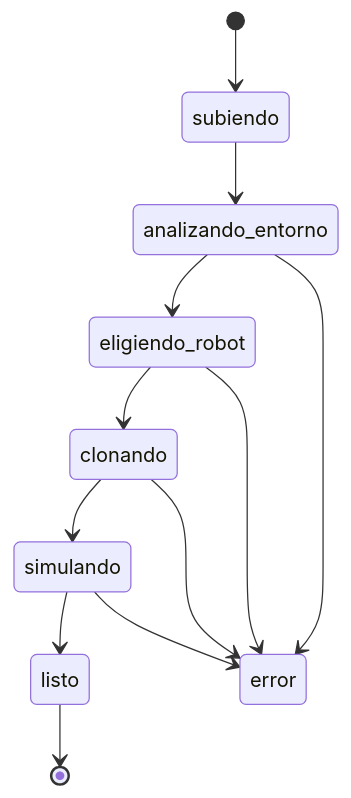
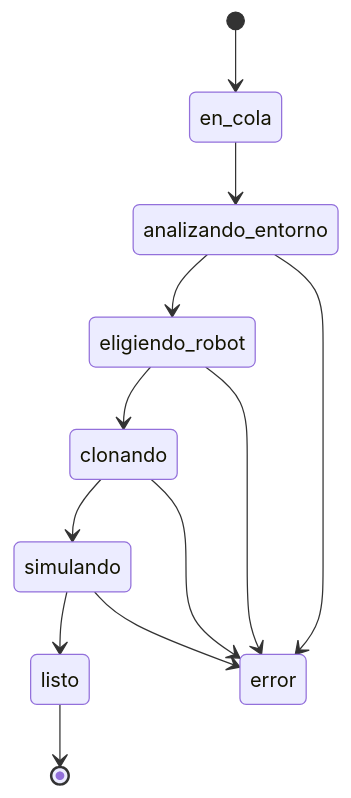
One commit to platanus-hack/platanus-hack-26-cl-team-4 changed the fourth of 5 diagrams in docs/arquitectura.md. Above: the diagram before and after it, drawn with Mermaid. The commit also changed other lines of this file and 52 other files, not shown here.

````diff
--- a/docs/arquitectura.md
+++ b/docs/arquitectura.md
@@ -122,14 +122,14 @@
 ```mermaid
 stateDiagram-v2
-  [*] --> subiendo
-  subiendo --> analizando_entorno
+  [*] --> en_cola
+  en_cola --> analizando_entorno
   analizando_entorno --> eligiendo_robot
   eligiendo_robot --> clonando
   clonando --> simulando
   simulando --> listo
   analizando_entorno --> error
   eligiendo_robot --> error
   clonando --> error
   simulando --> error
   listo --> [*]
 ```
````
